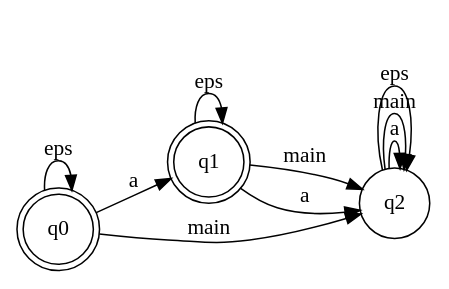
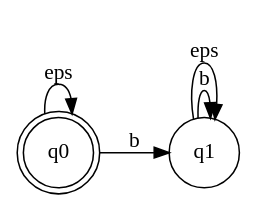
One commit to sdierauf/automata-and-languages-lab2 changed the diagram in spec.dot. Above: the diagram before and after it, drawn with Graphviz. The commit also changed 8 other files, not shown here.

```diff
--- a/spec.dot
+++ b/spec.dot
@@ -1,14 +1,9 @@
 digraph finite_state_machine {
 	rankdir=LR;
-	node [shape = doublecircle]; q0; q1
+	node [shape = doublecircle]; q0
 	 node [shape = circle];
 	q0 -> q0 [ label = "eps"];
-	q0 -> q1 [ label = "a"];
-	q0 -> q2 [ label = "main"];
-	q1 -> q2 [ label = "main"];
-	q1 -> q2 [ label = "a"];
-	q2 -> q2 [ label = "a"];
-	q2 -> q2 [ label = "main"];
-	q2 -> q2 [ label = "eps"];
+	q0 -> q1 [ label = "b"];
+	q1 -> q1 [ label = "b"];
 	q1 -> q1 [ label = "eps"];
 }
```
